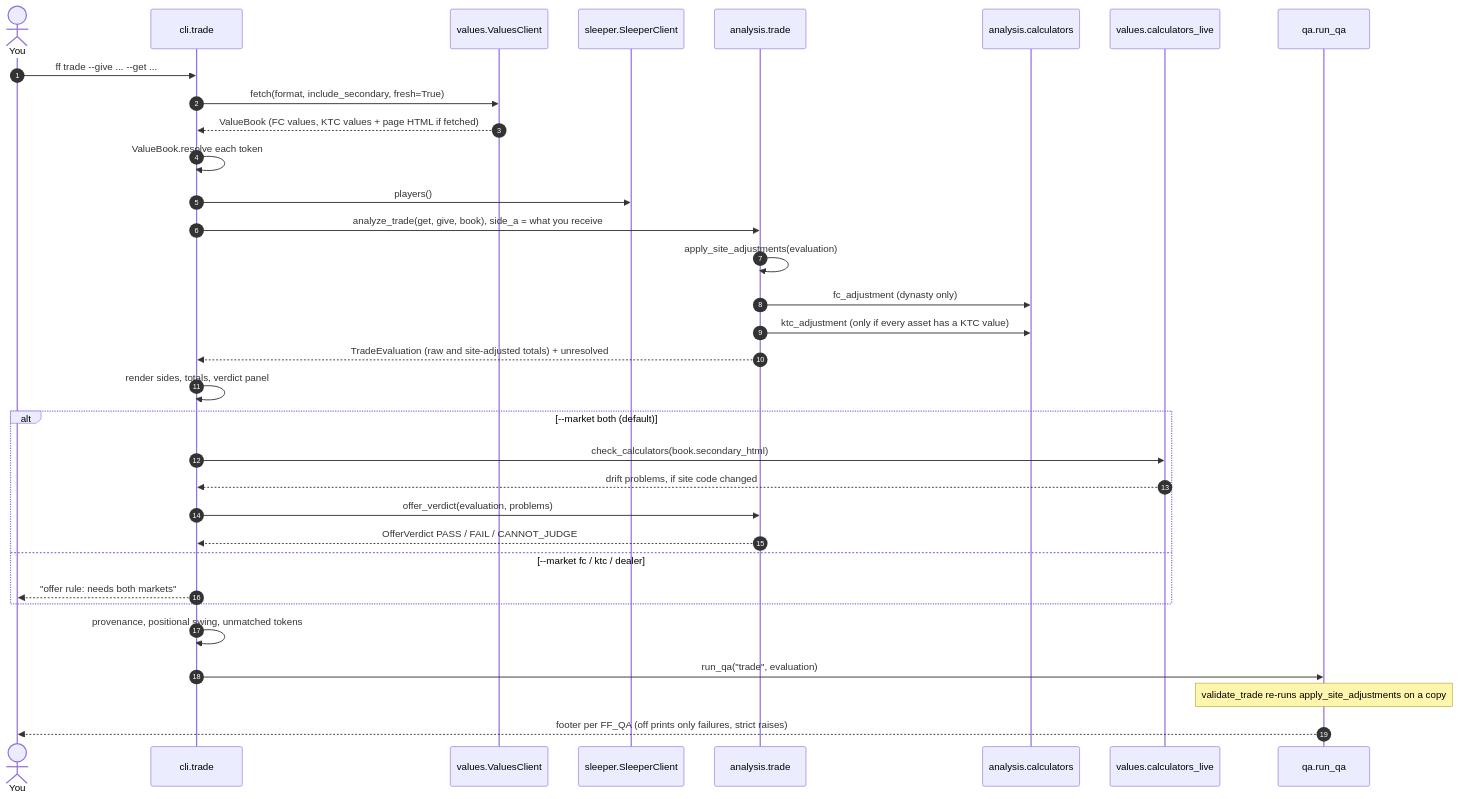
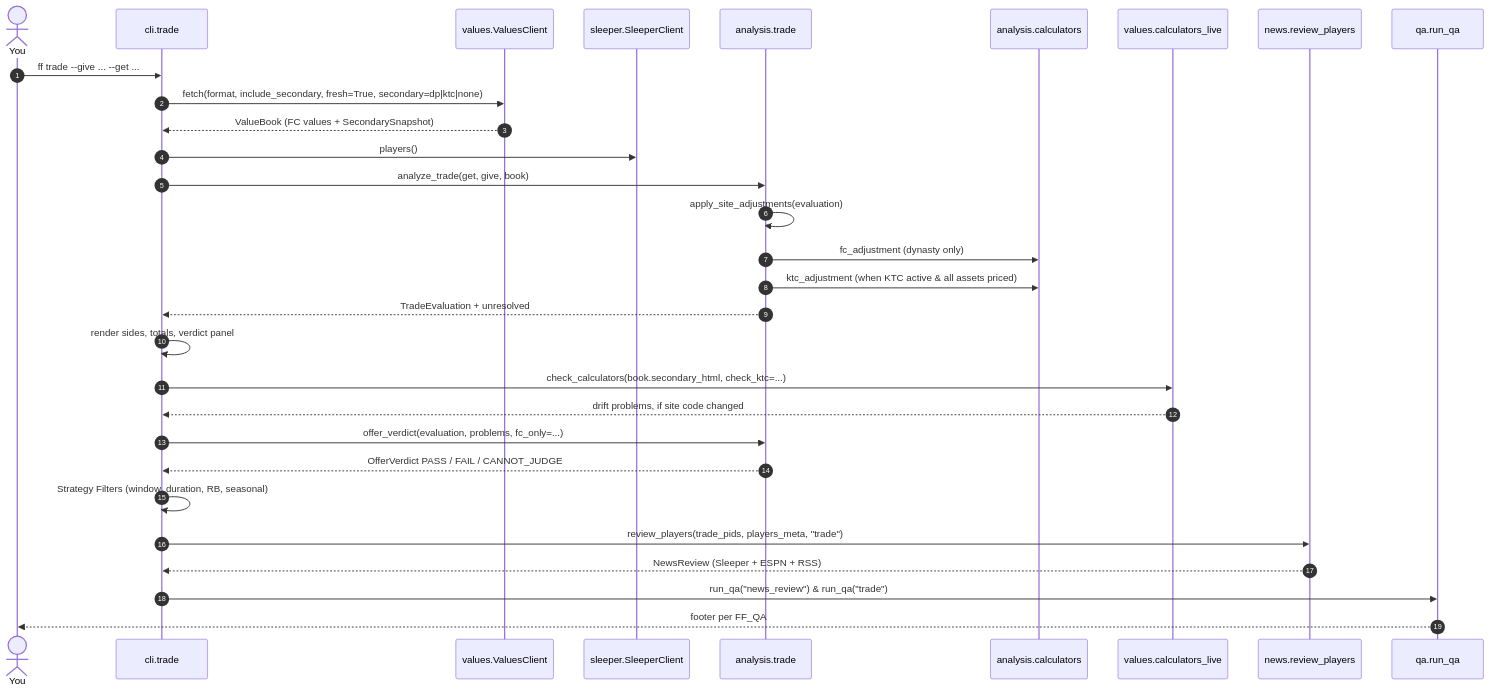
Before and after one commit to savvides/ff: the fifth of 7 diagrams in docs/architecture.md, drawn with Mermaid. The commit also changed other lines of this file and 10 other files, not shown here.

````diff
--- a/docs/architecture.md
+++ b/docs/architecture.md
@@ -250,36 +257,33 @@
 ```mermaid
 sequenceDiagram
   autonumber
   actor U as You
   participant CLI as cli.trade
   participant VC as values.ValuesClient
   participant SC as sleeper.SleeperClient
   participant TR as analysis.trade
   participant CA as analysis.calculators
   participant CL as values.calculators_live
+  participant NW as news.review_players
   participant QA as qa.run_qa
 
   U->>CLI: ff trade --give ... --get ...
-  CLI->>VC: fetch(format, include_secondary, fresh=True)
-  VC-->>CLI: ValueBook (FC values, KTC values + page HTML if fetched)
-  CLI->>CLI: ValueBook.resolve each token
+  CLI->>VC: fetch(format, include_secondary, fresh=True, secondary=dp|ktc|none)
+  VC-->>CLI: ValueBook (FC values + SecondarySnapshot)
   CLI->>SC: players()
-  CLI->>TR: analyze_trade(get, give, book), side_a = what you receive
+  CLI->>TR: analyze_trade(get, give, book)
   TR->>TR: apply_site_adjustments(evaluation)
   TR->>CA: fc_adjustment (dynasty only)
-  TR->>CA: ktc_adjustment (only if every asset has a KTC value)
-  TR-->>CLI: TradeEvaluation (raw and site-adjusted totals) + unresolved
+  TR->>CA: ktc_adjustment (when KTC active & all assets priced)
+  TR-->>CLI: TradeEvaluation + unresolved
   CLI->>CLI: render sides, totals, verdict panel
-  alt --market both (default)
-    CLI->>CL: check_calculators(book.secondary_html)
-    CL-->>CLI: drift problems, if site code changed
-    CLI->>TR: offer_verdict(evaluation, problems)
-    TR-->>CLI: OfferVerdict PASS / FAIL / CANNOT_JUDGE
-  else --market fc / ktc / dealer
-    CLI-->>U: "offer rule: needs both markets"
-  end
-  CLI->>CLI: provenance, positional swing, unmatched tokens
-  CLI->>QA: run_qa("trade", evaluation)
-  Note over QA: validate_trade re-runs apply_site_adjustments on a copy
-  QA-->>U: footer per FF_QA (off prints only failures, strict raises)
+  CLI->>CL: check_calculators(book.secondary_html, check_ktc=...)
+  CL-->>CLI: drift problems, if site code changed
+  CLI->>TR: offer_verdict(evaluation, problems, fc_only=...)
+  TR-->>CLI: OfferVerdict PASS / FAIL / CANNOT_JUDGE
+  CLI->>CLI: Strategy Filters (window, duration, RB, seasonal)
+  CLI->>NW: review_players(trade_pids, players_meta, "trade")
+  NW-->>CLI: NewsReview (Sleeper + ESPN + RSS)
+  CLI->>QA: run_qa("news_review") & run_qa("trade")
+  QA-->>U: footer per FF_QA
 ```
````
